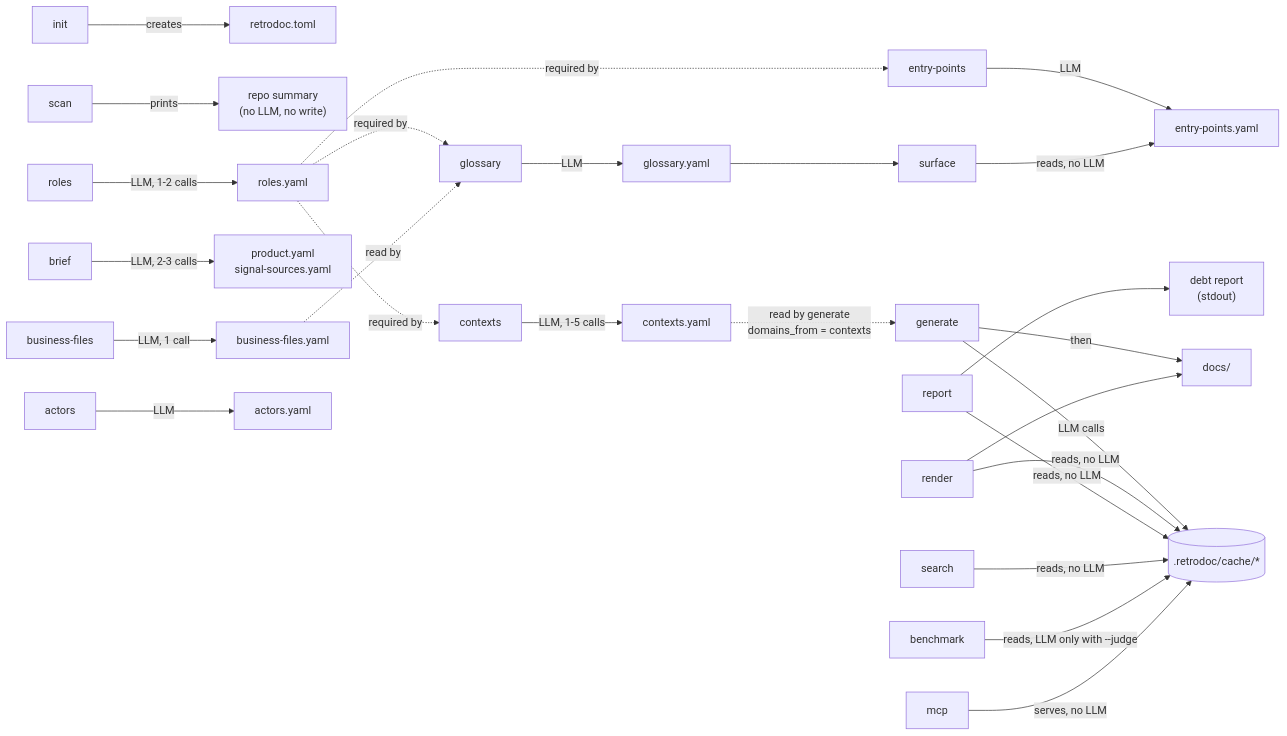
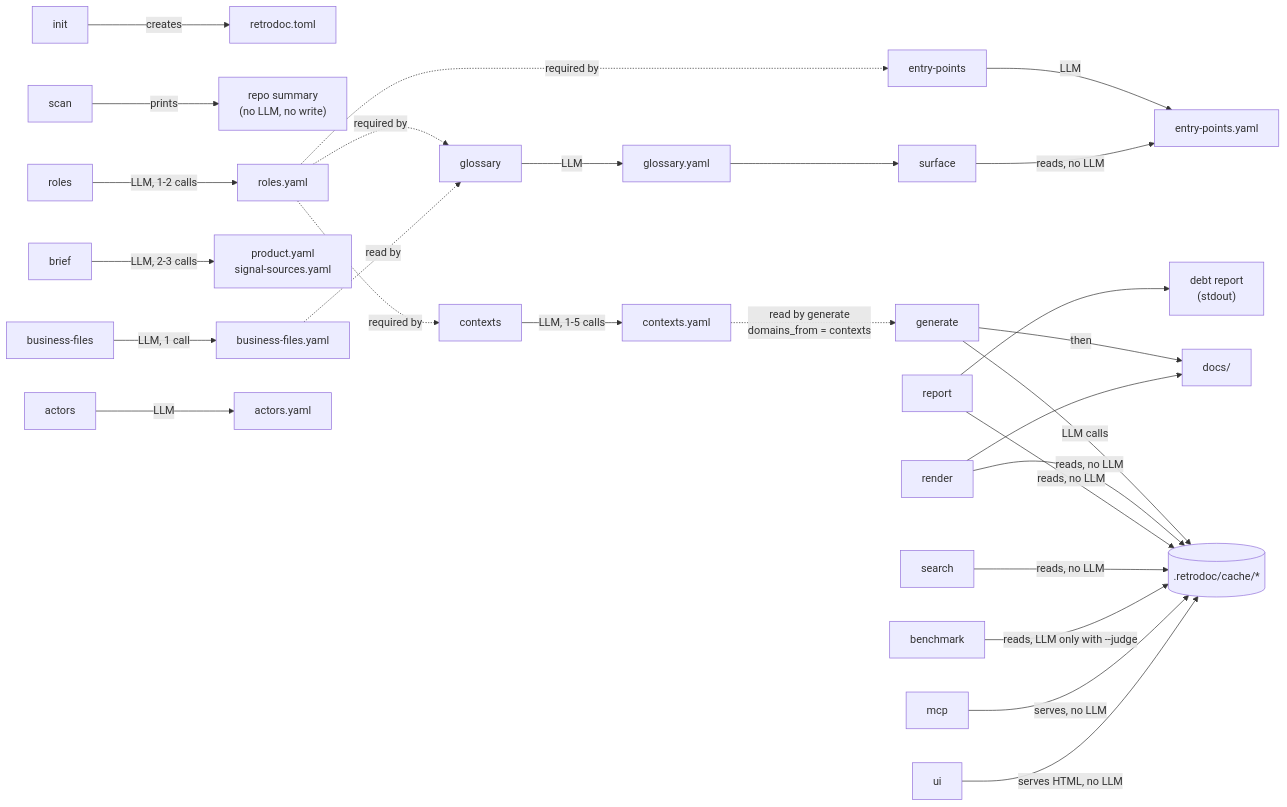
The third of 9 diagrams in docs/ARCHITECTURE.md (Electron-libre/RetroDoc), drawn with Mermaid before and after one commit. The commit also changed other lines of this file and 13 other files, not shown here.

````diff
--- a/docs/ARCHITECTURE.md
+++ b/docs/ARCHITECTURE.md
@@ -69,28 +70,29 @@
 ```mermaid
 flowchart LR
     init["init"] -->|creates| toml["retrodoc.toml"]
     scan["scan"] -->|prints| sum["repo summary<br/>(no LLM, no write)"]
     gen["generate"] -->|LLM calls| art[(".retrodoc/cache/*")]
     gen -->|then| out["docs/"]
     ren["render"] -->|reads, no LLM| art
     ren --> out
     rep["report"] -->|reads, no LLM| art
     rep --> debt["debt report<br/>(stdout)"]
     roles["roles"] -->|LLM, 1-2 calls| rolesyaml["roles.yaml"]
     brief["brief"] -->|LLM, 2-3 calls| prodyaml["product.yaml<br/>signal-sources.yaml"]
     biz["business-files"] -->|LLM, 1 call| bizyaml["business-files.yaml"]
     ctx["contexts"] -->|LLM, 1-5 calls| ctxyaml["contexts.yaml"]
     rolesyaml -.->|required by| ctx
     ctxyaml -.->|read by generate<br/>domains_from = contexts| gen
     gloss["glossary"] -->|LLM| glossyaml["glossary.yaml"]
     rolesyaml -.->|required by| gloss
     bizyaml -.->|read by| gloss
     ep["entry-points"] -->|LLM| epyaml["entry-points.yaml"]
     act["actors"] -->|LLM| actyaml["actors.yaml"]
     rolesyaml -.->|required by| ep
     surf["surface"] -->|reads, no LLM| epyaml
     glossyaml --> surf
     srch["search"] -->|reads, no LLM| art
     bench["benchmark"] -->|reads, LLM only with --judge| art
     mcpcmd["mcp"] -->|serves, no LLM| art
+    uicmd["ui"] -->|serves HTML, no LLM| art
 ```
````
